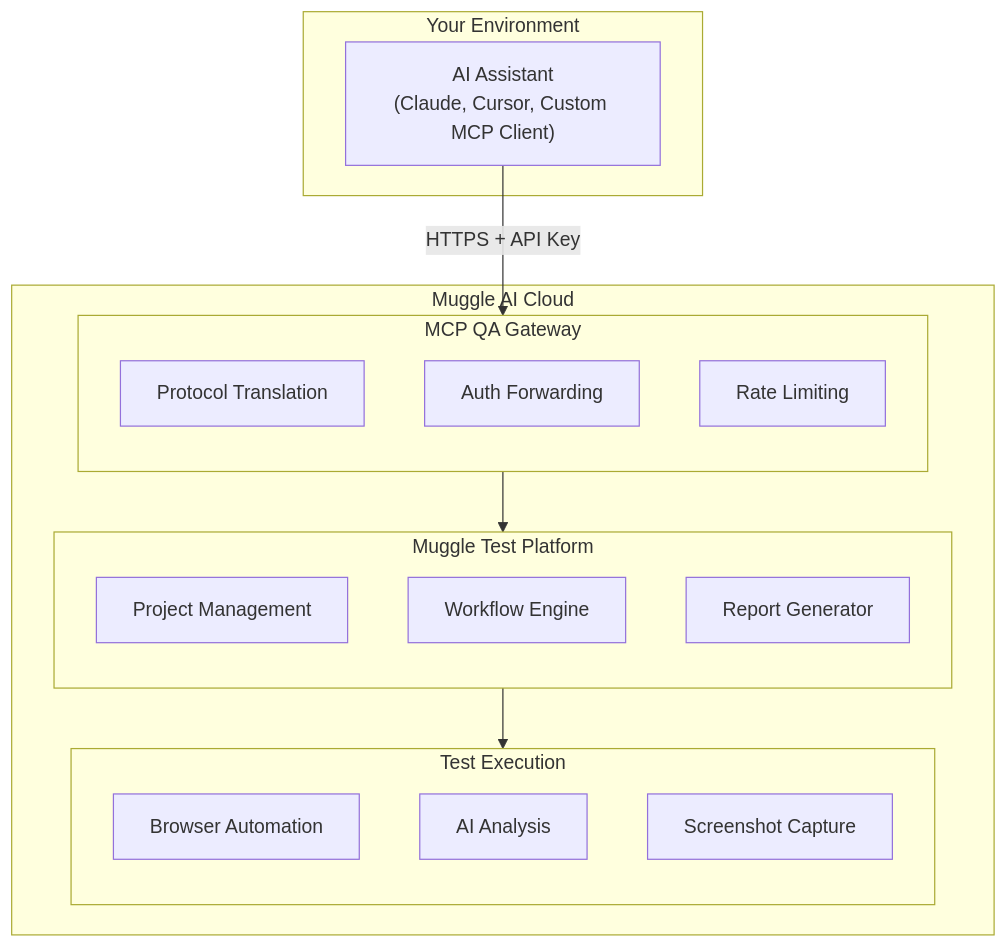
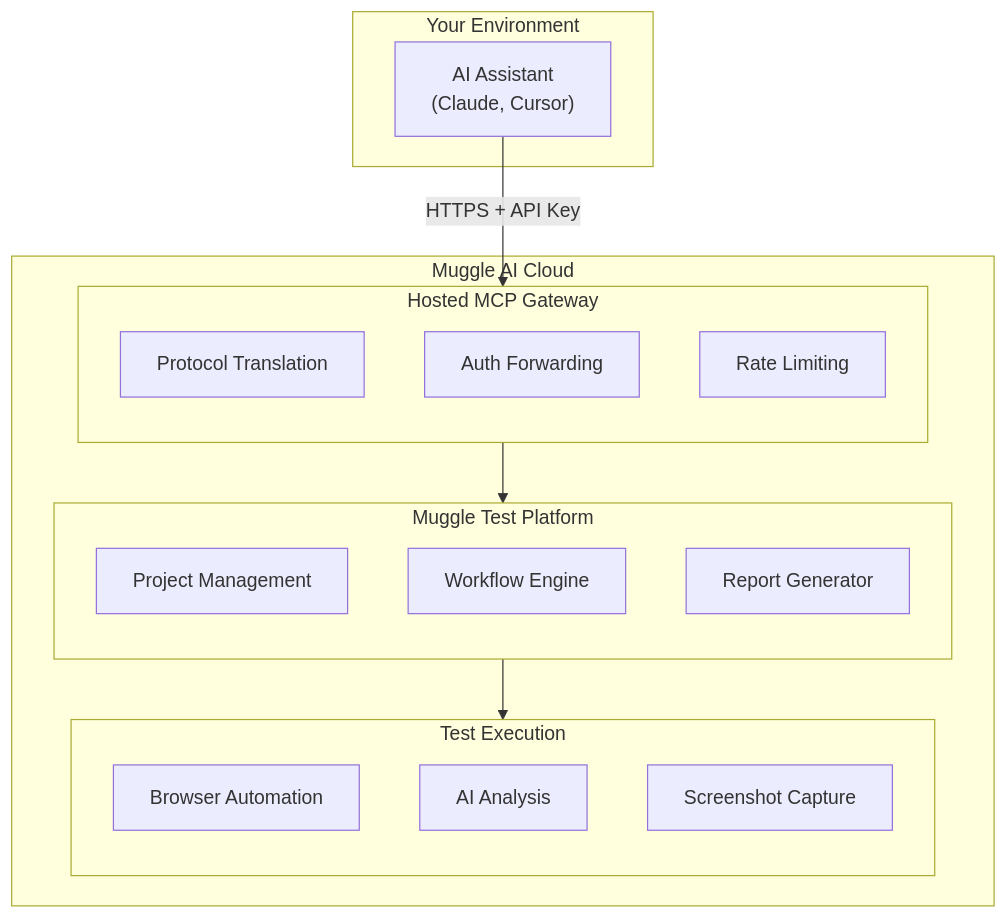
The first of 6 diagrams in mcp/mcp-concepts.md (multiplex-ai/muggle-ai-docs), drawn with Mermaid before and after one commit. The commit also changed other lines of this file and 4 other files, not shown here.

Commit message:
docs: update manifest version and enhance MCP documentation with new installation article, deployment options, and improved clarity on local vs hosted setups

````diff
--- a/mcp/mcp-concepts.md
+++ b/mcp/mcp-concepts.md
@@ -7,33 +11,33 @@
 ```mermaid
 flowchart TB
     subgraph env["Your Environment"]
-        client["AI Assistant<br/>(Claude, Cursor, Custom MCP Client)"]
+        client["AI Assistant<br/>(Claude, Cursor)"]
     end
 
     subgraph cloud["Muggle AI Cloud"]
-        subgraph gateway["MCP QA Gateway"]
+        subgraph gateway["Hosted MCP Gateway"]
             direction TB
             proto["Protocol Translation"]
             auth["Auth Forwarding"]
             rate["Rate Limiting"]
         end
 
         subgraph platform["Muggle Test Platform"]
             direction TB
             proj["Project Management"]
             workflow["Workflow Engine"]
             report["Report Generator"]
         end
 
         subgraph exec["Test Execution"]
             direction TB
             browser["Browser Automation"]
             ai["AI Analysis"]
             screenshot["Screenshot Capture"]
         end
     end
 
     client -->|"HTTPS + API Key"| gateway
     gateway --> platform
     platform --> exec
 ```
````
